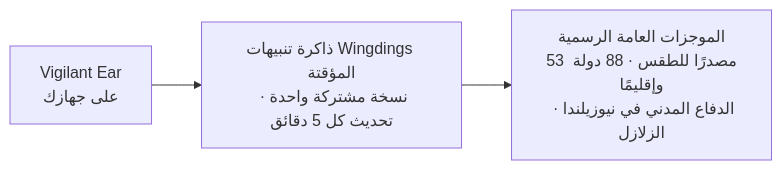
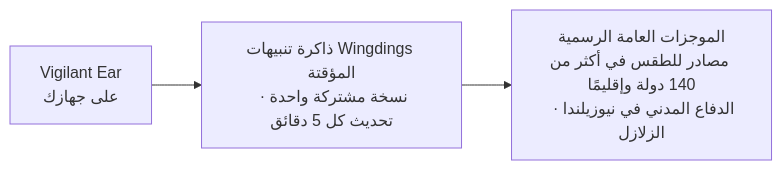
Before and after one commit to rpalm01-star/VigilantEarLegal: the fourth of 4 diagrams in README_ar.md, drawn with Mermaid. The commit also changed other lines of this file and 59 other files, not shown here.

````diff
--- a/README_ar.md
+++ b/README_ar.md
@@ -182,5 +182,5 @@
 ```mermaid
 graph LR
     P1["Vigilant Ear<br/>على جهازك"] --> W["ذاكرة تنبيهات Wingdings المؤقتة<br/>نسخة مشتركة واحدة · تحديث كل 5 دقائق"]
-    W --> N["الموجزات العامة الرسمية<br/>53 مصدرًا للطقس · 88 دولة وإقليمًا<br/>الدفاع المدني في نيوزيلندا · الزلازل"]
+    W --> N["الموجزات العامة الرسمية<br/>مصادر للطقس في أكثر من 140 دولة وإقليمًا<br/>الدفاع المدني في نيوزيلندا · الزلازل"]
 ```
````
